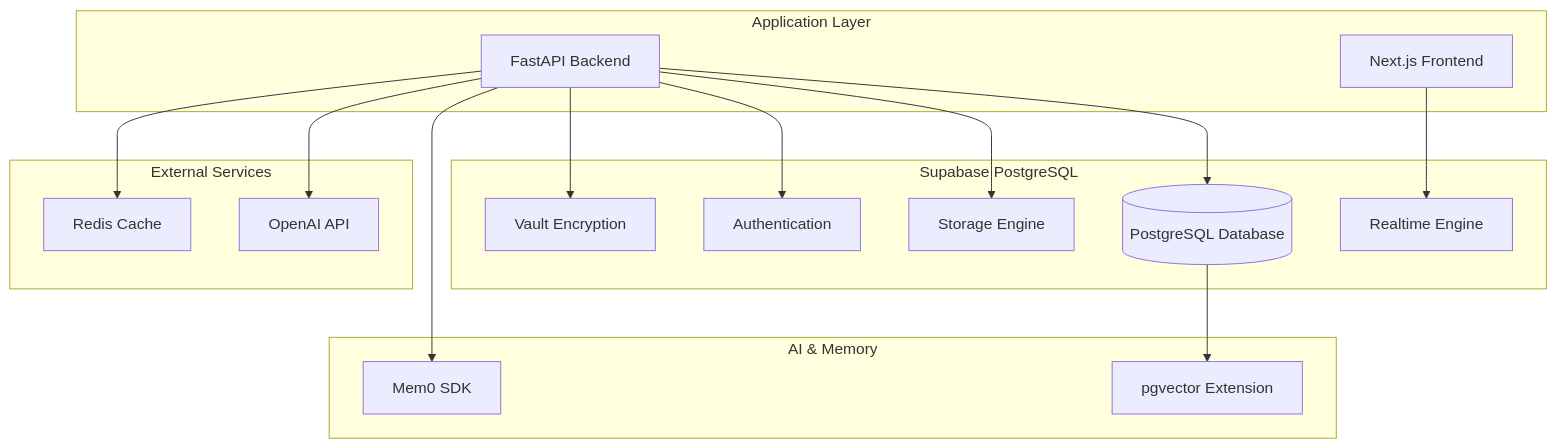
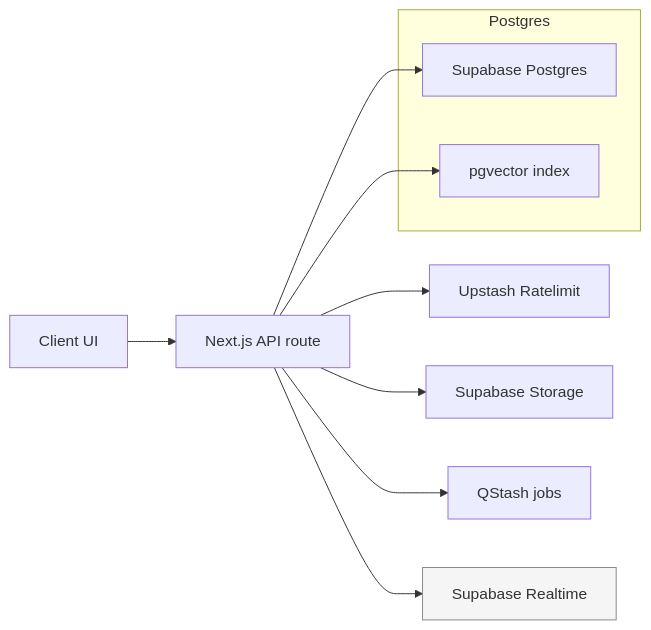
Before and after one commit to BjornMelin/tripsage-ai: the diagram in docs/architecture/data-architecture.md, drawn with Mermaid. The commit also changed other lines of this file and 4 other files, not shown here.

First line of the commit message:
refactor: update data architecture documentation for clarity and focus

````diff
--- a/docs/architecture/data-architecture.md
+++ b/docs/architecture/data-architecture.md
@@ -21,35 +46,15 @@
 ```mermaid
-graph TB
-    subgraph "Application Layer"
-        API[FastAPI Backend]
-        FE[Next.js Frontend]
+flowchart LR
+    UI[Client UI] --> API[Next.js API route]
+    API --> RL[Upstash Ratelimit]
+    API --> DB[Supabase Postgres]
+    API --> VEC[pgvector index]
+    API --> STG[Supabase Storage]
+    API --> QS[QStash jobs]
+    subgraph Postgres
+      DB
+      VEC
     end
-
-    subgraph "Supabase PostgreSQL"
-        DB[(PostgreSQL Database)]
-        RT[Realtime Engine]
-        ST[Storage Engine]
-        AUTH[Authentication]
-        VAULT[Vault Encryption]
-    end
-
-    subgraph "AI & Memory"
-        MEM0[Mem0 SDK]
-        VECTOR[pgvector Extension]
-    end
-
-    subgraph "External Services"
-        OPENAI[OpenAI API]
-        REDIS[Redis Cache]
-    end
-
-    API --> DB
-    FE --> RT
-    API --> ST
-    API --> AUTH
-    API --> VAULT
-    API --> MEM0
-    DB --> VECTOR
-    API --> OPENAI
-    API --> REDIS
+    API --> RT[Supabase Realtime]:::rt
+    classDef rt fill:#f5f5f5,stroke:#888;
 ```
````
